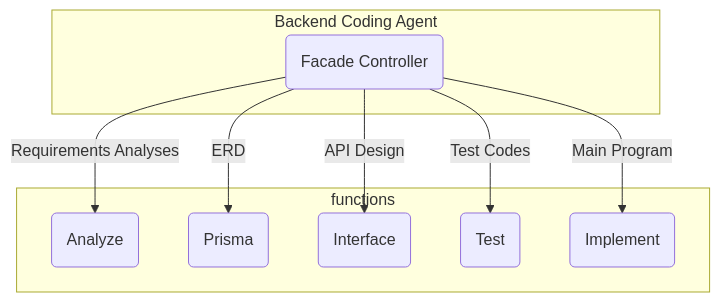
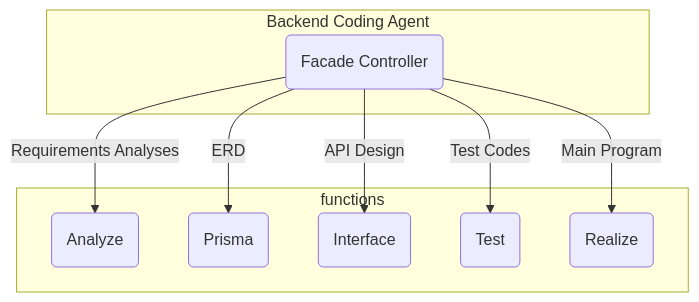
One commit to RavenView-ai/autobe changed the first of 2 diagrams in README.md. Above: the diagram before and after it, drawn with Mermaid. The commit also changed other lines of this file and 40 other files, not shown here.

````diff
--- a/README.md
+++ b/README.md
@@ -22,13 +22,13 @@
 ```mermaid
 flowchart
 subgraph "Backend Coding Agent"
   coder("Facade Controller")
 end
 subgraph "functions"
   coder --"Requirements Analyses"--> analyze("Analyze")
   coder --"ERD"--> prisma("Prisma")
   coder --"API Design"--> interface("Interface")
   coder --"Test Codes" --> test("Test")
-  coder --"Main Program" --> implement("Implement")
+  coder --"Main Program" --> realize("Realize")
 end
 ```
````
